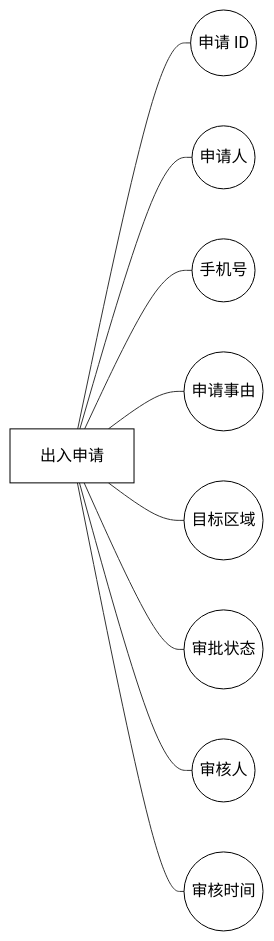
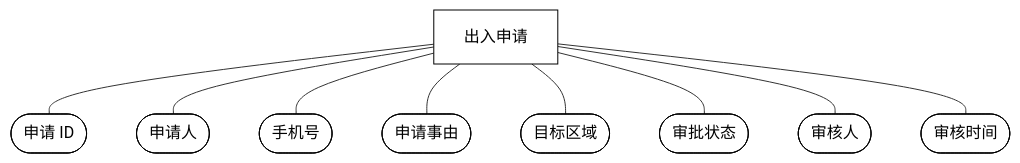
Before and after one commit to carl-Tu/campus-management: diagram 27 of 31 in docs/功能需求分析与用例图.md, drawn with Mermaid. The commit also changed other lines of this file, not shown here.

Commit message:
docs：E-R图字段改为椭圆形，结构改为实体在上、字段在下的上下结构

````diff
--- a/docs/功能需求分析与用例图.md
+++ b/docs/功能需求分析与用例图.md
@@ -1034,24 +1034,24 @@
 ```mermaid
-flowchart LR
+flowchart TD
   E["出入申请"]
-  A1((申请 ID))
-  A2((申请人))
-  A3((手机号))
-  A4((申请事由))
-  A5((目标区域))
-  A6((审批状态))
-  A7((审核人))
-  A8((审核时间))
+  A1([申请 ID])
+  A2([申请人])
+  A3([手机号])
+  A4([申请事由])
+  A5([目标区域])
+  A6([审批状态])
+  A7([审核人])
+  A8([审核时间])
 
   E --- A1
   E --- A2
   E --- A3
   E --- A4
   E --- A5
   E --- A6
   E --- A7
   E --- A8
 
   classDef box fill:#ffffff,stroke:#000000,stroke-width:1px,color:#000000
   class E,A1,A2,A3,A4,A5,A6,A7,A8 box
 ```
````
